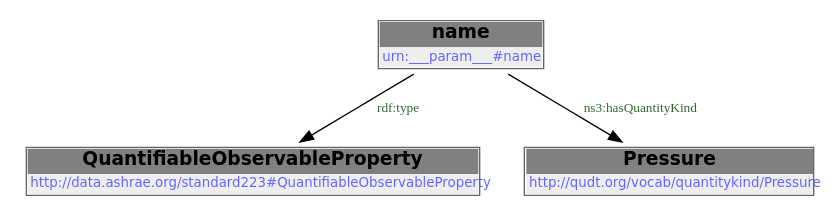
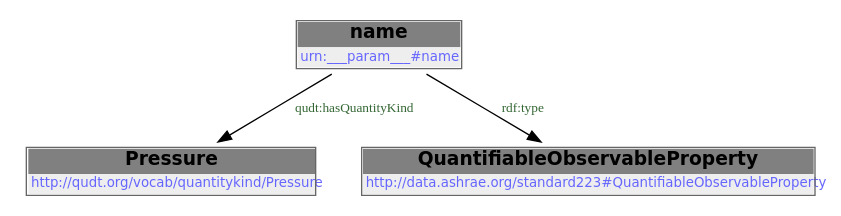
Before and after one commit to DataDrivenCPS/water-ontology: the diagram in docs/libraries/templates/pressure.rst, drawn with Graphviz. The commit also changed other lines of this file and 83 other files, not shown here.

```diff
--- a/docs/libraries/templates/pressure.rst
+++ b/docs/libraries/templates/pressure.rst
@@ -56,10 +49,13 @@
-        .. graphviz::
+.. graphviz::
 
-                digraph G {
-            node [fontname="DejaVu Sans"];
-            node0 -> node1 [color=BLACK, label=< <font point-size='10' color='#336633'>rdf:type</font> >];
-            node0 -> node2 [color=BLACK, label=< <font point-size='10' color='#336633'>ns3:hasQuantityKind</font> >];
-            node0 [shape=none, color=black, label=< <table color='#666666' cellborder='0' cellspacing='0' border='1'><tr><td colspan='2' bgcolor='grey'><B>name</B></td></tr><tr><td href='urn:___param___#name' bgcolor='#eeeeee' colspan='2'><font point-size='10' color='#6666ff'>urn:___param___#name</font></td></tr></table> >];
-            node1 [shape=none, color=black, label=< <table color='#666666' cellborder='0' cellspacing='0' border='1'><tr><td colspan='2' bgcolor='grey'><B>QuantifiableObservableProperty</B></td></tr><tr><td href='http://data.ashrae.org/standard223#QuantifiableObservableProperty' bgcolor='#eeeeee' colspan='2'><font point-size='10' color='#6666ff'>http://data.ashrae.org/standard223#QuantifiableObservableProperty</font></td></tr></table> >];
-            node2 [shape=none, color=black, label=< <table color='#666666' cellborder='0' cellspacing='0' border='1'><tr><td colspan='2' bgcolor='grey'><B>Pressure</B></td></tr><tr><td href='http://qudt.org/vocab/quantitykind/Pressure' bgcolor='#eeeeee' colspan='2'><font point-size='10' color='#6666ff'>http://qudt.org/vocab/quantitykind/Pressure</font></td></tr></table> >];
-            }
+    digraph {
+     node [ fontname="DejaVu Sans" ] ;
+        node0 -> node1 [ color=BLACK, label=< <font point-size='10' color='#336633'>qudt:hasQuantityKind</font> > ] ;
+        node0 -> node2 [ color=BLACK, label=< <font point-size='10' color='#336633'>rdf:type</font> > ] ;
+    # urn:___param___#name node0
+    node0 [ shape=none, color=black label=< <table color='#666666' cellborder='0' cellspacing='0' border='1'><tr><td colspan='2' bgcolor='grey'><B>name</B></td></tr><tr><td href='urn:___param___#name' bgcolor='#eeeeee' colspan='2'><font point-size='10' color='#6666ff'>urn:___param___#name</font></td></tr></table> > ]
+    # http://qudt.org/vocab/quantitykind/Pressure node1
+    node1 [ shape=none, color=black label=< <table color='#666666' cellborder='0' cellspacing='0' border='1'><tr><td colspan='2' bgcolor='grey'><B>Pressure</B></td></tr><tr><td href='http://qudt.org/vocab/quantitykind/Pressure' bgcolor='#eeeeee' colspan='2'><font point-size='10' color='#6666ff'>http://qudt.org/vocab/quantitykind/Pressure</font></td></tr></table> > ]
+    # http://data.ashrae.org/standard223#QuantifiableObservableProperty node2
+    node2 [ shape=none, color=black label=< <table color='#666666' cellborder='0' cellspacing='0' border='1'><tr><td colspan='2' bgcolor='grey'><B>QuantifiableObservableProperty</B></td></tr><tr><td href='http://data.ashrae.org/standard223#QuantifiableObservableProperty' bgcolor='#eeeeee' colspan='2'><font point-size='10' color='#6666ff'>http://data.ashrae.org/standard223#QuantifiableObservableProperty</font></td></tr></table> > ]
+    }
```
